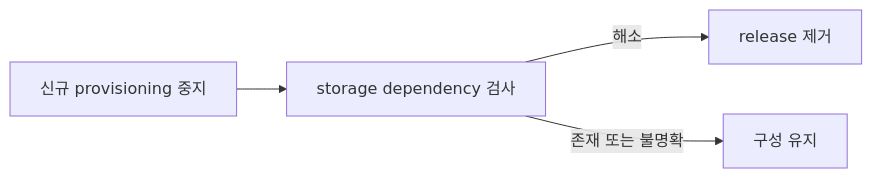
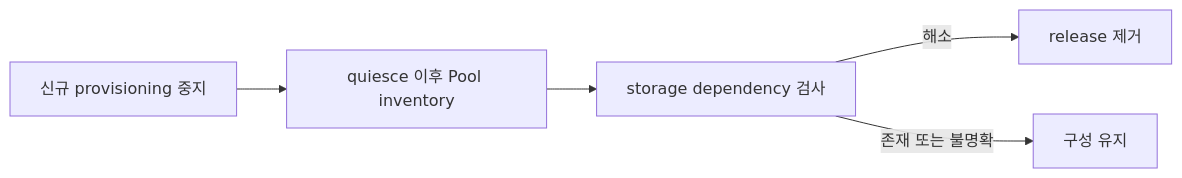
Before and after one commit to cagojeiger/ShiftPV: the diagram in docs/adr/0011-fail-closed-uninstall-guard.md, drawn with Mermaid. The commit also changed other lines of this file and 13 other files, not shown here.

````diff
--- a/docs/adr/0011-fail-closed-uninstall-guard.md
+++ b/docs/adr/0011-fail-closed-uninstall-guard.md
@@ -14,6 +14,7 @@
 ```mermaid
 flowchart LR
-    STOP[신규 provisioning 중지] --> CHECK[storage dependency 검사]
+    STOP[신규 provisioning 중지] --> OBSERVE[quiesce 이후 Pool inventory]
+    OBSERVE --> CHECK[storage dependency 검사]
     CHECK -->|해소| DELETE[release 제거]
     CHECK -->|존재 또는 불명확| HOLD[구성 유지]
 ```
````
